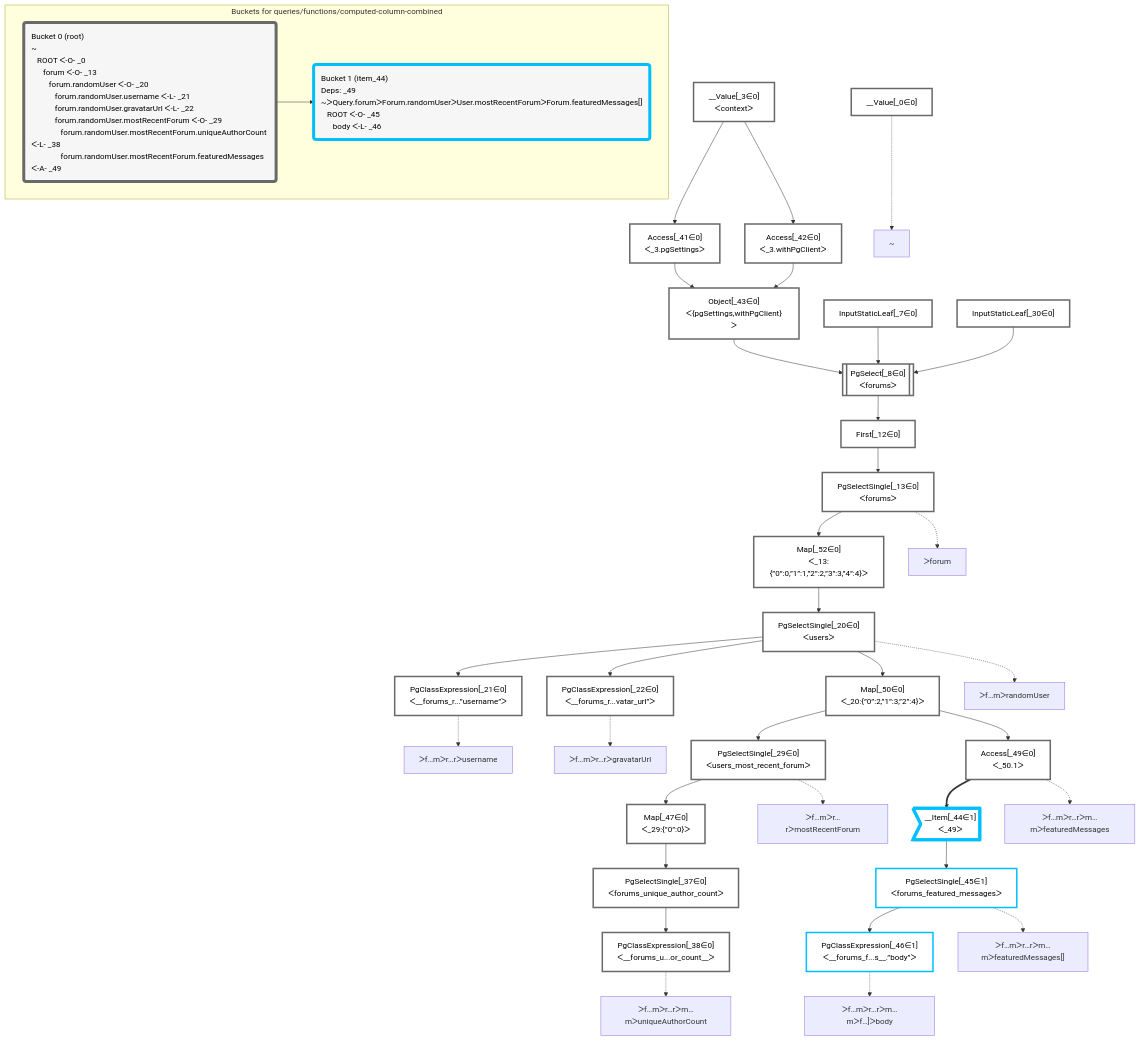
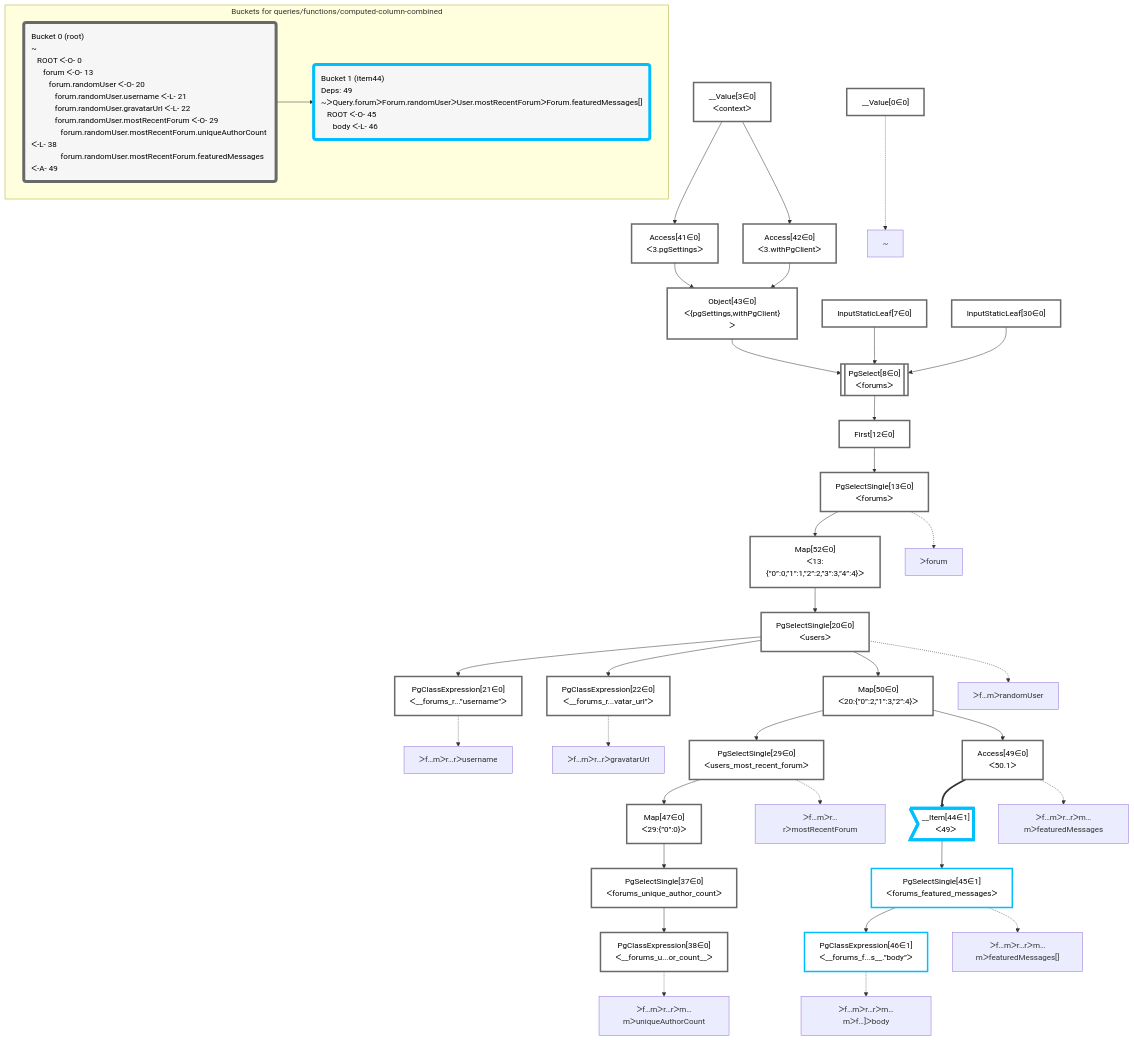
One commit to graphile/crystal changed the diagram in packages/dataplan-pg/__tests__/queries/functions/computed-column-combined.mermaid.md. Above: the diagram before and after it, drawn with Mermaid. The commit also changed 195 other files, not shown here.

````diff
--- a/packages/dataplan-pg/__tests__/queries/functions/computed-column-combined.mermaid.md
+++ b/packages/dataplan-pg/__tests__/queries/functions/computed-column-combined.mermaid.md
@@ -8,80 +8,80 @@
 
 
     %% define plans
-    __Value_0["__Value[_0∈0]"]:::plan
-    PgClassExpression_21["PgClassExpression[_21∈0]<br />ᐸ__forums_r...”username”ᐳ"]:::plan
-    PgClassExpression_22["PgClassExpression[_22∈0]<br />ᐸ__forums_r...vatar_url”ᐳ"]:::plan
-    PgClassExpression_38["PgClassExpression[_38∈0]<br />ᐸ__forums_u...or_count__ᐳ"]:::plan
-    PgSelectSingle_37["PgSelectSingle[_37∈0]<br />ᐸforums_unique_author_countᐳ"]:::plan
-    Map_47["Map[_47∈0]<br />ᐸ_29:{”0”:0}ᐳ"]:::plan
-    PgSelectSingle_29["PgSelectSingle[_29∈0]<br />ᐸusers_most_recent_forumᐳ"]:::plan
-    PgClassExpression_46["PgClassExpression[_46∈1]<br />ᐸ__forums_f...s__.”body”ᐳ"]:::plan
-    PgSelectSingle_45["PgSelectSingle[_45∈1]<br />ᐸforums_featured_messagesᐳ"]:::plan
-    __Item_44>"__Item[_44∈1]<br />ᐸ_49ᐳ"]:::itemplan
-    Access_49["Access[_49∈0]<br />ᐸ_50.1ᐳ"]:::plan
-    Map_50["Map[_50∈0]<br />ᐸ_20:{”0”:2,”1”:3,”2”:4}ᐳ"]:::plan
-    PgSelectSingle_20["PgSelectSingle[_20∈0]<br />ᐸusersᐳ"]:::plan
-    Map_52["Map[_52∈0]<br />ᐸ_13:{”0”:0,”1”:1,”2”:2,”3”:3,”4”:4}ᐳ"]:::plan
-    PgSelectSingle_13["PgSelectSingle[_13∈0]<br />ᐸforumsᐳ"]:::plan
-    First_12["First[_12∈0]"]:::plan
-    PgSelect_8[["PgSelect[_8∈0]<br />ᐸforumsᐳ"]]:::plan
-    Object_43["Object[_43∈0]<br />ᐸ{pgSettings,withPgClient}ᐳ"]:::plan
-    Access_41["Access[_41∈0]<br />ᐸ_3.pgSettingsᐳ"]:::plan
-    Access_42["Access[_42∈0]<br />ᐸ_3.withPgClientᐳ"]:::plan
-    __Value_3["__Value[_3∈0]<br />ᐸcontextᐳ"]:::plan
-    InputStaticLeaf_7["InputStaticLeaf[_7∈0]"]:::plan
-    InputStaticLeaf_30["InputStaticLeaf[_30∈0]"]:::plan
+    __Value0["__Value[0∈0]"]:::plan
+    PgClassExpression21["PgClassExpression[21∈0]<br />ᐸ__forums_r...”username”ᐳ"]:::plan
+    PgClassExpression22["PgClassExpression[22∈0]<br />ᐸ__forums_r...vatar_url”ᐳ"]:::plan
+    PgClassExpression38["PgClassExpression[38∈0]<br />ᐸ__forums_u...or_count__ᐳ"]:::plan
+    PgSelectSingle37["PgSelectSingle[37∈0]<br />ᐸforums_unique_author_countᐳ"]:::plan
+    Map47["Map[47∈0]<br />ᐸ29:{”0”:0}ᐳ"]:::plan
+    PgSelectSingle29["PgSelectSingle[29∈0]<br />ᐸusers_most_recent_forumᐳ"]:::plan
+    PgClassExpression46["PgClassExpression[46∈1]<br />ᐸ__forums_f...s__.”body”ᐳ"]:::plan
+    PgSelectSingle45["PgSelectSingle[45∈1]<br />ᐸforums_featured_messagesᐳ"]:::plan
+    __Item44>"__Item[44∈1]<br />ᐸ49ᐳ"]:::itemplan
+    Access49["Access[49∈0]<br />ᐸ50.1ᐳ"]:::plan
+    Map50["Map[50∈0]<br />ᐸ20:{”0”:2,”1”:3,”2”:4}ᐳ"]:::plan
+    PgSelectSingle20["PgSelectSingle[20∈0]<br />ᐸusersᐳ"]:::plan
+    Map52["Map[52∈0]<br />ᐸ13:{”0”:0,”1”:1,”2”:2,”3”:3,”4”:4}ᐳ"]:::plan
+    PgSelectSingle13["PgSelectSingle[13∈0]<br />ᐸforumsᐳ"]:::plan
+    First12["First[12∈0]"]:::plan
+    PgSelect8[["PgSelect[8∈0]<br />ᐸforumsᐳ"]]:::plan
+    Object43["Object[43∈0]<br />ᐸ{pgSettings,withPgClient}ᐳ"]:::plan
+    Access41["Access[41∈0]<br />ᐸ3.pgSettingsᐳ"]:::plan
+    Access42["Access[42∈0]<br />ᐸ3.withPgClientᐳ"]:::plan
+    __Value3["__Value[3∈0]<br />ᐸcontextᐳ"]:::plan
+    InputStaticLeaf7["InputStaticLeaf[7∈0]"]:::plan
+    InputStaticLeaf30["InputStaticLeaf[30∈0]"]:::plan
 
     %% plan dependencies
-    PgSelectSingle_20 --> PgClassExpression_21
-    PgSelectSingle_20 --> PgClassExpression_22
-    PgSelectSingle_37 --> PgClassExpression_38
-    Map_47 --> PgSelectSingle_37
-    PgSelectSingle_29 --> Map_47
-    Map_50 --> PgSelectSingle_29
-    PgSelectSingle_45 --> PgClassExpression_46
-    __Item_44 --> PgSelectSingle_45
-    Access_49 ==> __Item_44
-    Map_50 --> Access_49
-    PgSelectSingle_20 --> Map_50
-    Map_52 --> PgSelectSingle_20
-    PgSelectSingle_13 --> Map_52
-    First_12 --> PgSelectSingle_13
-    PgSelect_8 --> First_12
-    Object_43 & InputStaticLeaf_7 & InputStaticLeaf_30 --> PgSelect_8
-    Access_41 & Access_42 --> Object_43
-    __Value_3 --> Access_41
-    __Value_3 --> Access_42
+    PgSelectSingle20 --> PgClassExpression21
+    PgSelectSingle20 --> PgClassExpression22
+    PgSelectSingle37 --> PgClassExpression38
+    Map47 --> PgSelectSingle37
+    PgSelectSingle29 --> Map47
+    Map50 --> PgSelectSingle29
+    PgSelectSingle45 --> PgClassExpression46
+    __Item44 --> PgSelectSingle45
+    Access49 ==> __Item44
+    Map50 --> Access49
+    PgSelectSingle20 --> Map50
+    Map52 --> PgSelectSingle20
+    PgSelectSingle13 --> Map52
+    First12 --> PgSelectSingle13
+    PgSelect8 --> First12
+    Object43 & InputStaticLeaf7 & InputStaticLeaf30 --> PgSelect8
+    Access41 & Access42 --> Object43
+    __Value3 --> Access41
+    __Value3 --> Access42
 
     %% plan-to-path relationships
-    P_0["~"]
-    __Value_0 -.-> P_0
-    P_13["ᐳforum"]
-    PgSelectSingle_13 -.-> P_13
-    P_20["ᐳf…mᐳrandomUser"]
-    PgSelectSingle_20 -.-> P_20
-    P_21["ᐳf…mᐳr…rᐳusername"]
-    PgClassExpression_21 -.-> P_21
-    P_22["ᐳf…mᐳr…rᐳgravatarUrl"]
-    PgClassExpression_22 -.-> P_22
-    P_29["ᐳf…mᐳr…rᐳmostRecentForum"]
-    PgSelectSingle_29 -.-> P_29
-    P_38["ᐳf…mᐳr…rᐳm…mᐳuniqueAuthorCount"]
-    PgClassExpression_38 -.-> P_38
-    P_45["ᐳf…mᐳr…rᐳm…mᐳfeaturedMessages[]"]
-    PgSelectSingle_45 -.-> P_45
-    P_46["ᐳf…mᐳr…rᐳm…mᐳf…]ᐳbody"]
-    PgClassExpression_46 -.-> P_46
-    P_49["ᐳf…mᐳr…rᐳm…mᐳfeaturedMessages"]
-    Access_49 -.-> P_49
+    P0["~"]
+    __Value0 -.-> P0
+    P13["ᐳforum"]
+    PgSelectSingle13 -.-> P13
+    P20["ᐳf…mᐳrandomUser"]
+    PgSelectSingle20 -.-> P20
+    P21["ᐳf…mᐳr…rᐳusername"]
+    PgClassExpression21 -.-> P21
+    P22["ᐳf…mᐳr…rᐳgravatarUrl"]
+    PgClassExpression22 -.-> P22
+    P29["ᐳf…mᐳr…rᐳmostRecentForum"]
+    PgSelectSingle29 -.-> P29
+    P38["ᐳf…mᐳr…rᐳm…mᐳuniqueAuthorCount"]
+    PgClassExpression38 -.-> P38
+    P45["ᐳf…mᐳr…rᐳm…mᐳfeaturedMessages[]"]
+    PgSelectSingle45 -.-> P45
+    P46["ᐳf…mᐳr…rᐳm…mᐳf…]ᐳbody"]
+    PgClassExpression46 -.-> P46
+    P49["ᐳf…mᐳr…rᐳm…mᐳfeaturedMessages"]
+    Access49 -.-> P49
 
     subgraph "Buckets for queries/functions/computed-column-combined"
-    Bucket0("Bucket 0 (root)<br />~<br />⠀ROOT ᐸ-O- _0<br />⠀⠀forum ᐸ-O- _13<br />⠀⠀⠀forum.randomUser ᐸ-O- _20<br />⠀⠀⠀⠀forum.randomUser.username ᐸ-L- _21<br />⠀⠀⠀⠀forum.randomUser.gravatarUrl ᐸ-L- _22<br />⠀⠀⠀⠀forum.randomUser.mostRecentForum ᐸ-O- _29<br />⠀⠀⠀⠀⠀forum.randomUser.mostRecentForum.uniqueAuthorCount ᐸ-L- _38<br />⠀⠀⠀⠀⠀forum.randomUser.mostRecentForum.featuredMessages ᐸ-A- _49"):::bucket
+    Bucket0("Bucket 0 (root)<br />~<br />⠀ROOT ᐸ-O- 0<br />⠀⠀forum ᐸ-O- 13<br />⠀⠀⠀forum.randomUser ᐸ-O- 20<br />⠀⠀⠀⠀forum.randomUser.username ᐸ-L- 21<br />⠀⠀⠀⠀forum.randomUser.gravatarUrl ᐸ-L- 22<br />⠀⠀⠀⠀forum.randomUser.mostRecentForum ᐸ-O- 29<br />⠀⠀⠀⠀⠀forum.randomUser.mostRecentForum.uniqueAuthorCount ᐸ-L- 38<br />⠀⠀⠀⠀⠀forum.randomUser.mostRecentForum.featuredMessages ᐸ-A- 49"):::bucket
     classDef bucket0 stroke:#696969
-    class Bucket0,__Value_0,__Value_3,InputStaticLeaf_7,PgSelect_8,First_12,PgSelectSingle_13,PgSelectSingle_20,PgClassExpression_21,PgClassExpression_22,PgSelectSingle_29,InputStaticLeaf_30,PgSelectSingle_37,PgClassExpression_38,Access_41,Access_42,Object_43,Map_47,Access_49,Map_50,Map_52 bucket0
-    Bucket1("Bucket 1 (item_44)<br />Deps: _49<br />~ᐳQuery.forumᐳForum.randomUserᐳUser.mostRecentForumᐳForum.featuredMessages[]<br />⠀ROOT ᐸ-O- _45<br />⠀⠀body ᐸ-L- _46"):::bucket
+    class Bucket0,__Value0,__Value3,InputStaticLeaf7,PgSelect8,First12,PgSelectSingle13,PgSelectSingle20,PgClassExpression21,PgClassExpression22,PgSelectSingle29,InputStaticLeaf30,PgSelectSingle37,PgClassExpression38,Access41,Access42,Object43,Map47,Access49,Map50,Map52 bucket0
+    Bucket1("Bucket 1 (item44)<br />Deps: 49<br />~ᐳQuery.forumᐳForum.randomUserᐳUser.mostRecentForumᐳForum.featuredMessages[]<br />⠀ROOT ᐸ-O- 45<br />⠀⠀body ᐸ-L- 46"):::bucket
     classDef bucket1 stroke:#00bfff
-    class Bucket1,__Item_44,PgSelectSingle_45,PgClassExpression_46 bucket1
+    class Bucket1,__Item44,PgSelectSingle45,PgClassExpression46 bucket1
     Bucket0 --> Bucket1
     end
 ```
````
